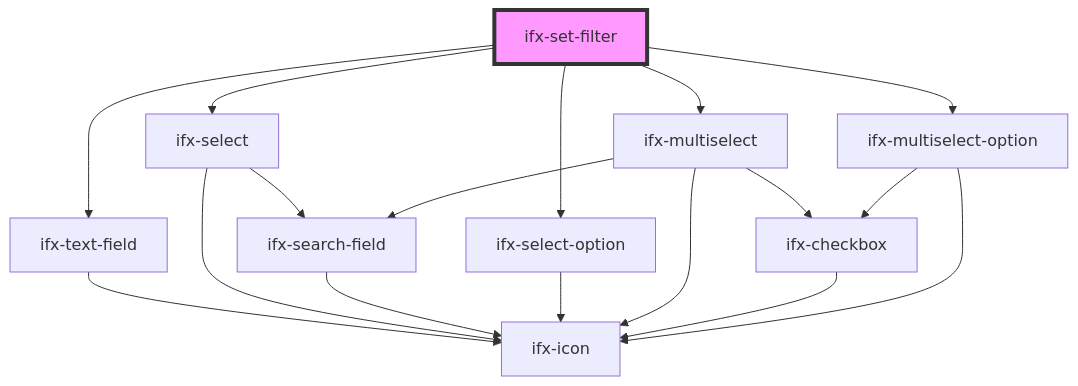
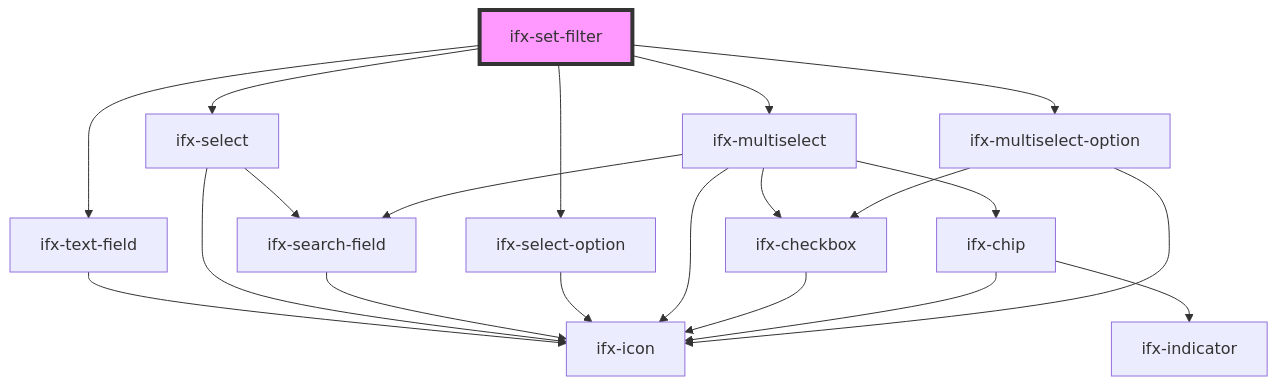
The diagram in packages/components/src/components/table-advanced-version/set-filter/readme.md (Infineon/infineon-design-system-stencil), drawn with Mermaid before and after one commit.

Commit message:
docs(set-filter): update generated dependency graph for chip

````diff
--- a/packages/components/src/components/table-advanced-version/set-filter/readme.md
+++ b/packages/components/src/components/table-advanced-version/set-filter/readme.md
@@ -37,20 +37,25 @@
 ```mermaid
 graph TD;
   ifx-set-filter --> ifx-text-field
   ifx-set-filter --> ifx-select
   ifx-set-filter --> ifx-select-option
   ifx-set-filter --> ifx-multiselect
   ifx-set-filter --> ifx-multiselect-option
   ifx-text-field --> ifx-icon
   ifx-select --> ifx-search-field
   ifx-select --> ifx-icon
   ifx-search-field --> ifx-icon
   ifx-select-option --> ifx-icon
   ifx-multiselect --> ifx-checkbox
+
+
+  ifx-multiselect --> ifx-chip
   ifx-multiselect --> ifx-icon
   ifx-multiselect --> ifx-search-field
   ifx-checkbox --> ifx-icon
+  ifx-chip --> ifx-icon
+  ifx-chip --> ifx-indicator
   ifx-multiselect-option --> ifx-icon
   ifx-multiselect-option --> ifx-checkbox
   style ifx-set-filter fill:#f9f,stroke:#333,stroke-width:4px
 ```
````
